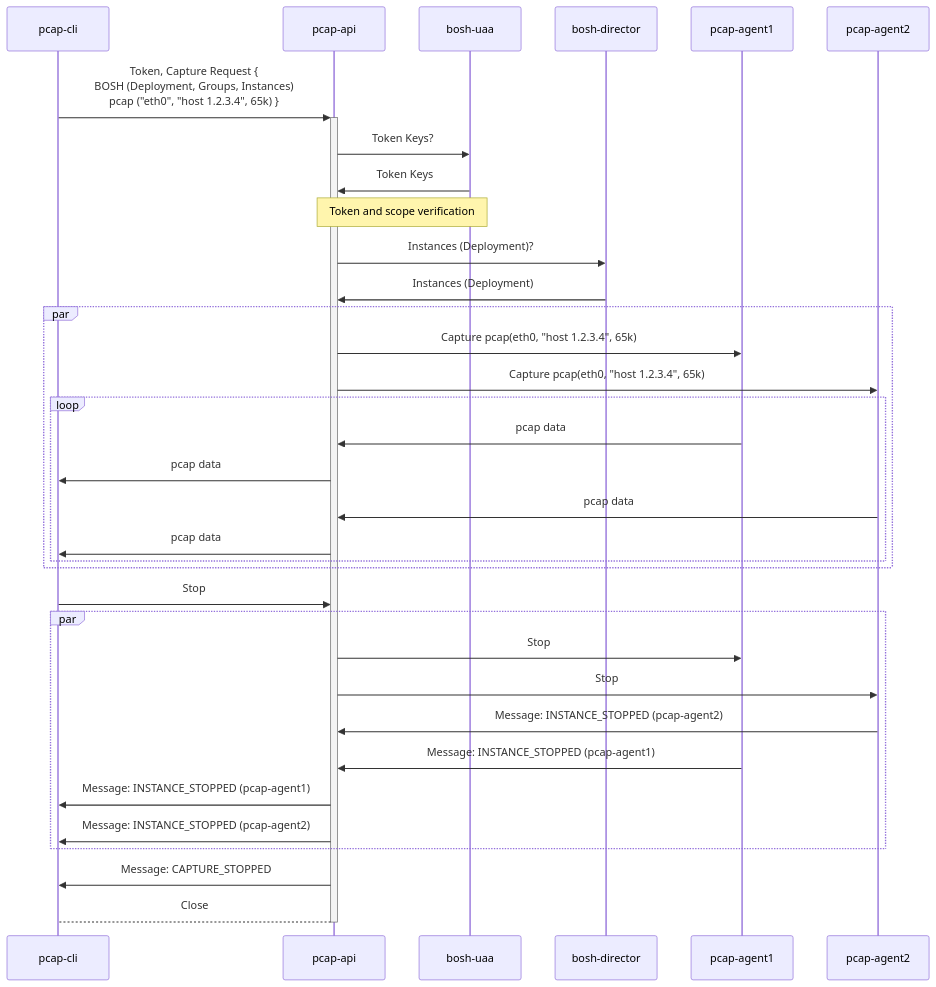
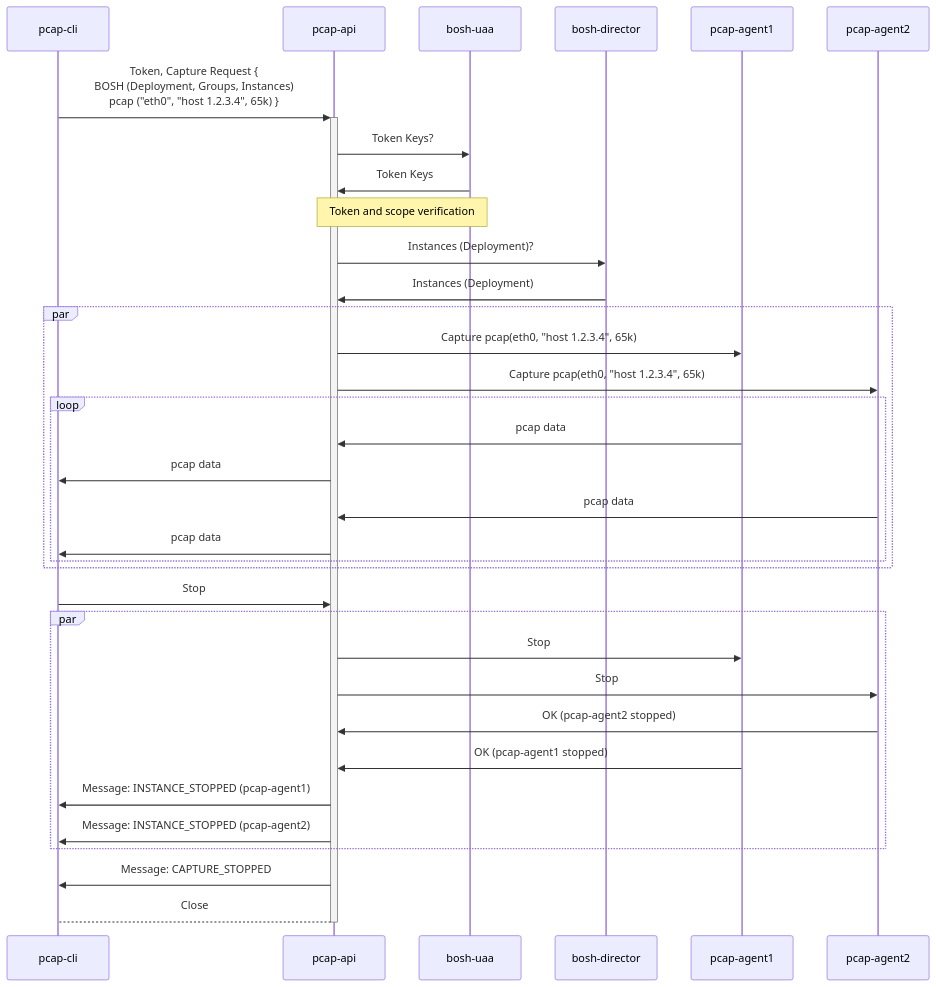
The sixth of 26 diagrams in docs/api-communication-spec.md (cloudfoundry/pcap-release), drawn with Mermaid before and after one commit. The commit also changed other lines of this file, not shown here.

Commit message:
docs(api): add TOC and adapt message to native termination status

````diff
--- a/docs/api-communication-spec.md
+++ b/docs/api-communication-spec.md
@@ -371,31 +418,31 @@
 ```mermaid
 sequenceDiagram
     pcap-cli ->>+ pcap-api: Token, Capture Request {<br/>BOSH (Deployment, Groups, Instances)<br/>pcap ("eth0", "host 1.2.3.4", 65k) }
     pcap-api ->> bosh-uaa: Token Keys?
     bosh-uaa ->> pcap-api: Token Keys
     note over pcap-api, bosh-uaa: Token and scope verification    
     pcap-api ->> bosh-director: Instances (Deployment)?
     bosh-director ->> pcap-api: Instances (Deployment)
     par
         pcap-api ->> pcap-agent1: Capture pcap(eth0, "host 1.2.3.4", 65k)
         pcap-api ->> pcap-agent2: Capture pcap(eth0, "host 1.2.3.4", 65k)
         loop
             pcap-agent1 ->> pcap-api: pcap data
             pcap-api ->> pcap-cli: pcap data
             pcap-agent2 ->> pcap-api: pcap data
             pcap-api ->> pcap-cli: pcap data
         end
     end
     pcap-cli ->> pcap-api: Stop
     par
         pcap-api ->> pcap-agent1: Stop
         pcap-api ->> pcap-agent2: Stop
-    pcap-agent2 ->> pcap-api: Message: INSTANCE_STOPPED (pcap-agent2)
-    pcap-agent1 ->> pcap-api: Message: INSTANCE_STOPPED (pcap-agent1)
-    pcap-api ->> pcap-cli: Message: INSTANCE_STOPPED (pcap-agent1)
-    pcap-api ->> pcap-cli: Message: INSTANCE_STOPPED (pcap-agent2)
+        pcap-agent2 ->> pcap-api: OK (pcap-agent2 stopped)
+        pcap-agent1 ->> pcap-api: OK (pcap-agent1 stopped)
+        pcap-api ->> pcap-cli: Message: INSTANCE_STOPPED (pcap-agent1)
+        pcap-api ->> pcap-cli: Message: INSTANCE_STOPPED (pcap-agent2)
     end
 
     pcap-api ->> pcap-cli: Message: CAPTURE_STOPPED
     pcap-api -->- pcap-cli: Close
 ```
````
